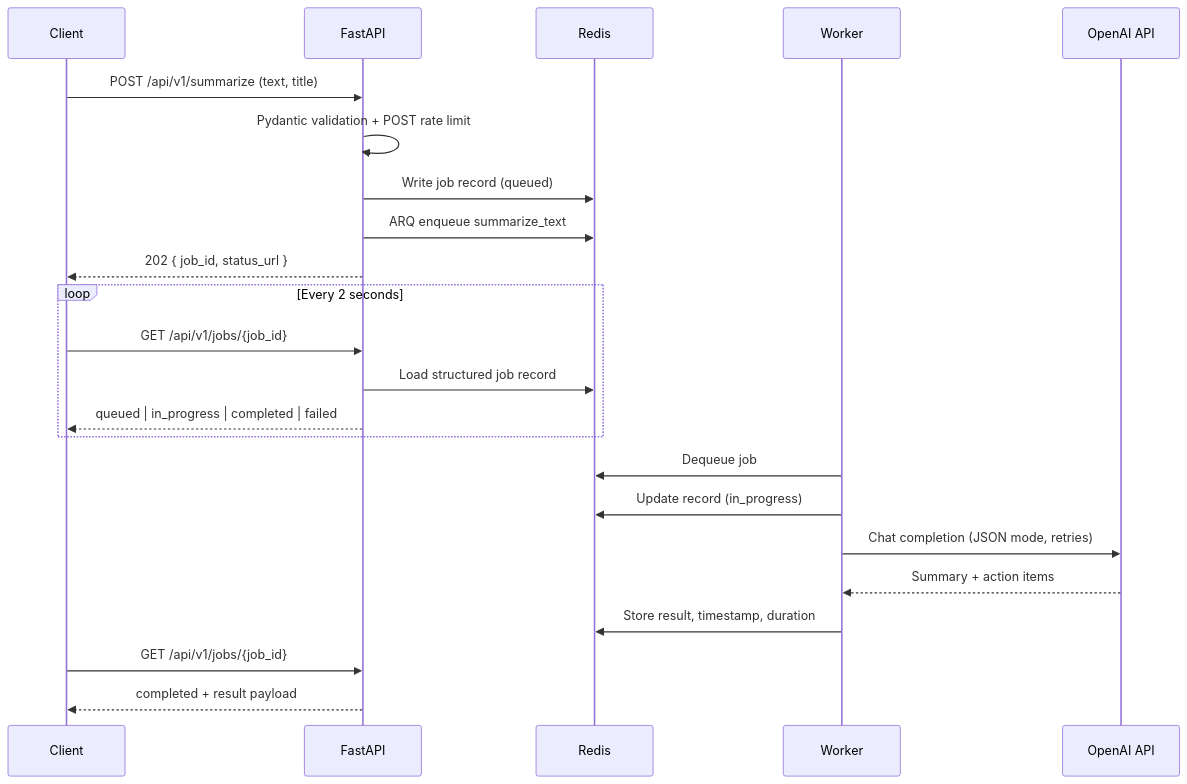
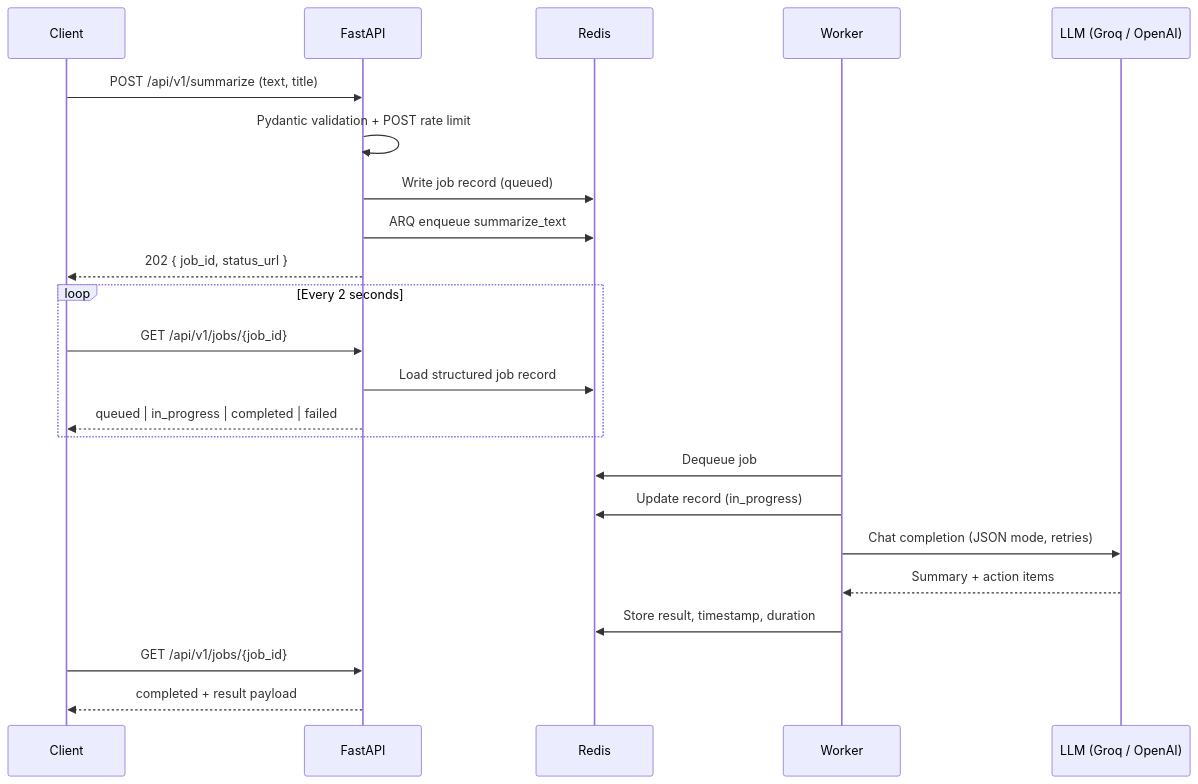
The diagram in README.md (lakshay-gahlawat/fastapi-ai-worker-backend), drawn with Mermaid before and after one commit. The commit also changed other lines of this file and 3 other files, not shown here.

````diff
--- a/README.md
+++ b/README.md
@@ -7,28 +34,28 @@
 ```mermaid
 sequenceDiagram
     participant Client
     participant FastAPI
     participant Redis
     participant Worker
-    participant AI as OpenAI API
+    participant AI as LLM (Groq / OpenAI)
 
     Client->>FastAPI: POST /api/v1/summarize (text, title)
     FastAPI->>FastAPI: Pydantic validation + POST rate limit
     FastAPI->>Redis: Write job record (queued)
     FastAPI->>Redis: ARQ enqueue summarize_text
     FastAPI-->>Client: 202 { job_id, status_url }
 
     loop Every 2 seconds
         Client->>FastAPI: GET /api/v1/jobs/{job_id}
         FastAPI->>Redis: Load structured job record
         FastAPI-->>Client: queued | in_progress | completed | failed
     end
 
     Worker->>Redis: Dequeue job
     Worker->>Redis: Update record (in_progress)
     Worker->>AI: Chat completion (JSON mode, retries)
     AI-->>Worker: Summary + action items
     Worker->>Redis: Store result, timestamp, duration
     Client->>FastAPI: GET /api/v1/jobs/{job_id}
     FastAPI-->>Client: completed + result payload
 ```
````
